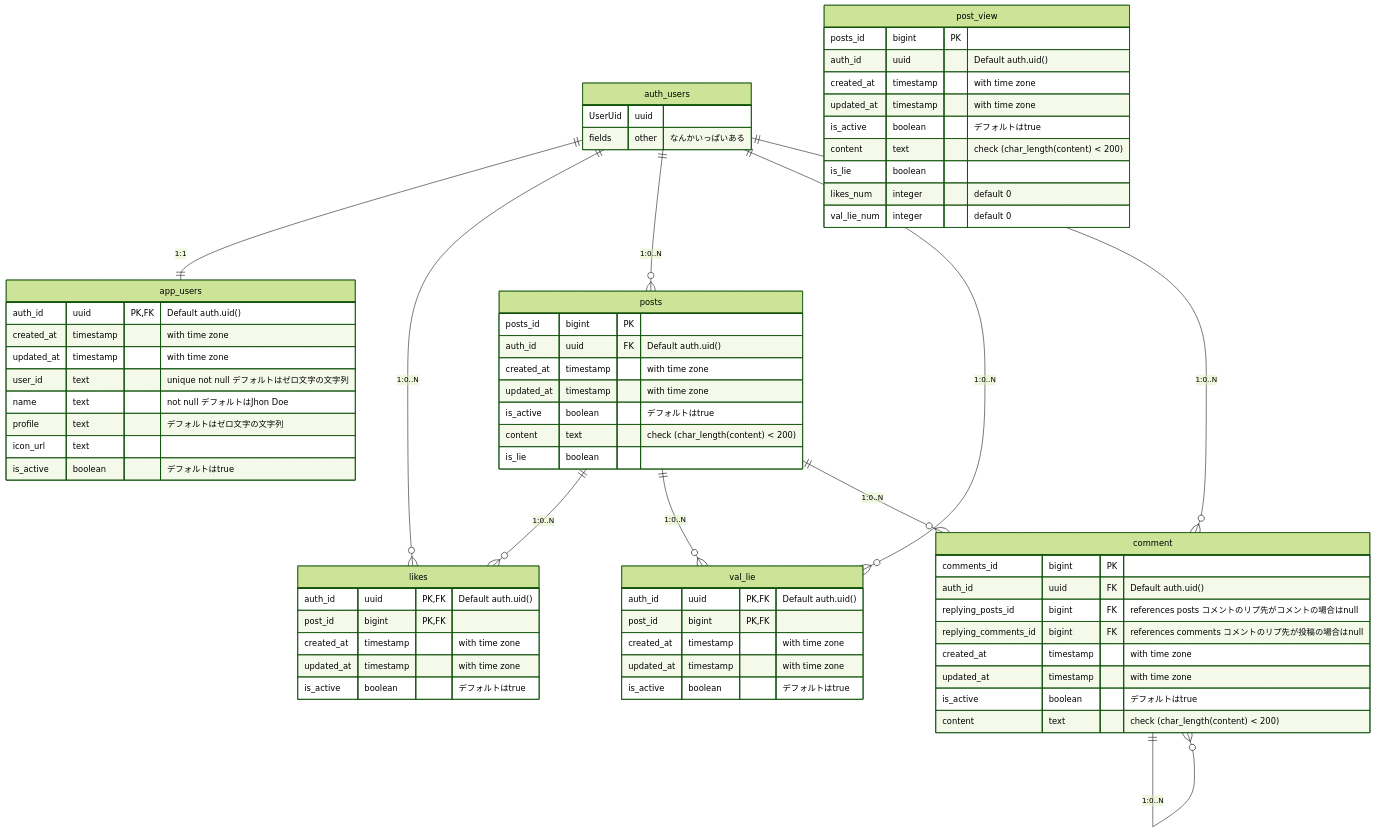
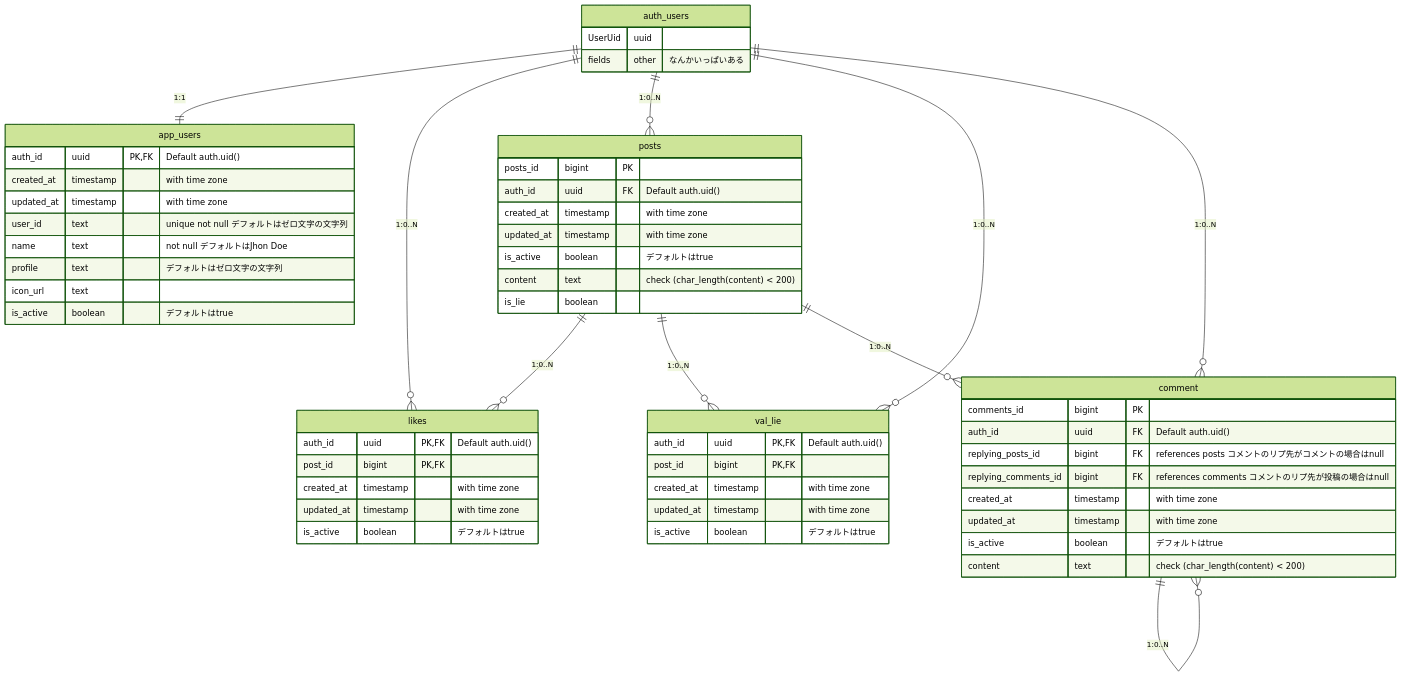
One commit to calloc134/HACKU-2023-codespaces changed the first of 2 diagrams in db.md. Above: the diagram before and after it, drawn with Mermaid (forest theme). The commit also changed other lines of this file, not shown here.

Commit message:
docs: db.mdからposts_viewを削除

````diff
--- a/db.md
+++ b/db.md
@@ -70,17 +70,4 @@
       is_active boolean "デフォルトはtrue"
     }
     
-
-    post_view {
-      posts_id bigint PK
-      auth_id uuid  "Default auth.uid()"
-      created_at timestamp "with time zone"
-      updated_at timestamp "with time zone"
-      is_active boolean "デフォルトはtrue"
-      content text "check (char_length(content) < 200)"
-      is_lie boolean
-      likes_num integer "default 0"
-      val_lie_num integer "default 0"
-    }
-
 ```
````
